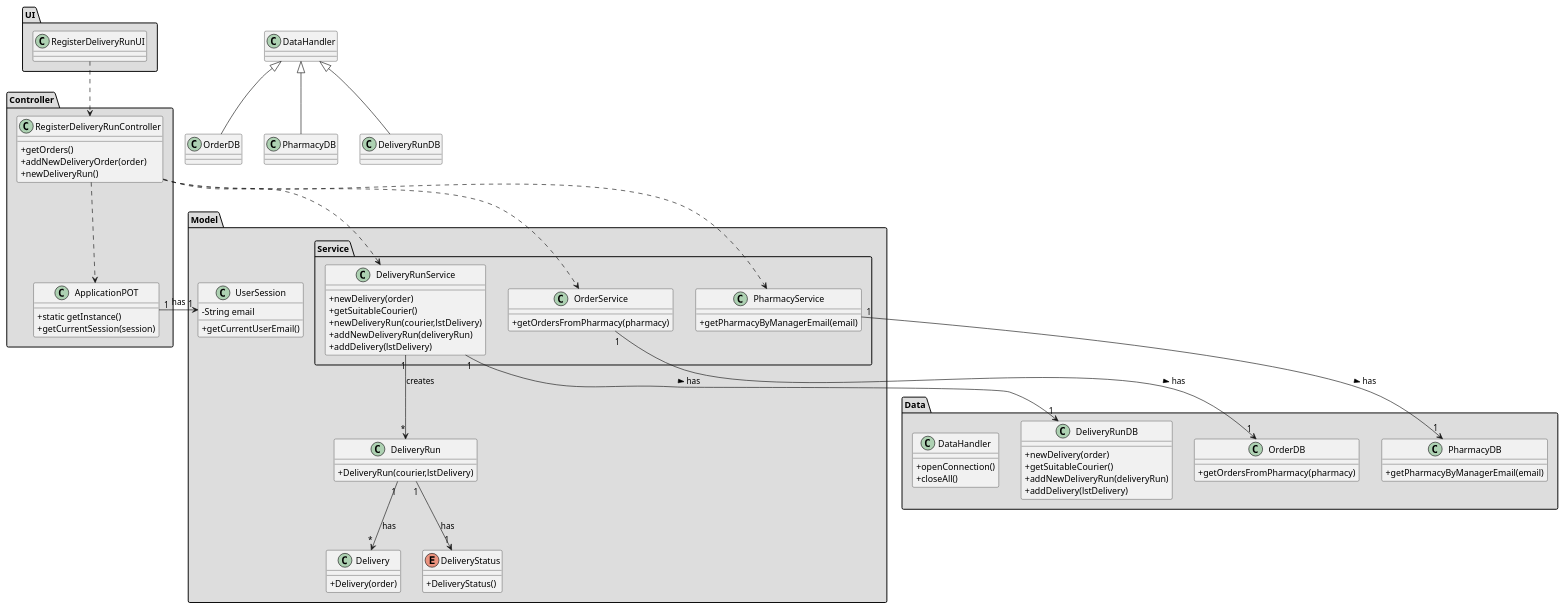
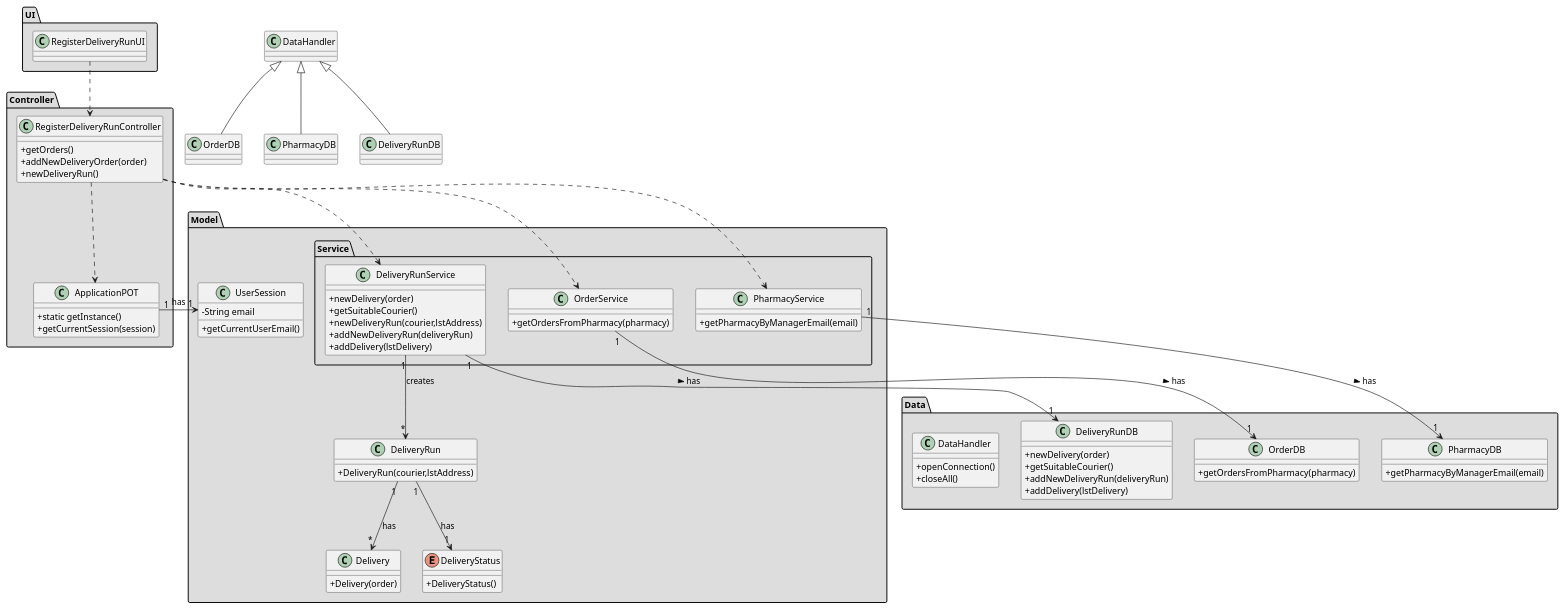
One commit to tiagoavcosta25/LAPR3 changed the diagram in docs/Iteration 2/Delivery Management/US206_RegisterDeliveryRun/US206_CD.puml. Above: the diagram before and after it, drawn with PlantUML. The commit also changed 2 other files, not shown here.

Commit message:
LAPR2AP2-219 #fixing Register Delivery Run [Design]

```diff
--- a/docs/Iteration 2/Delivery Management/US206_RegisterDeliveryRun/US206_CD.puml
+++ b/docs/Iteration 2/Delivery Management/US206_RegisterDeliveryRun/US206_CD.puml
@@ -1,121 +1,121 @@
 @startuml
 skinparam classAttributeIconSize 0
 
 
 package "Controller" #DDDDDD {
 class ApplicationPOT
 {
   +static getInstance()
   +getCurrentSession(session)
 }
 }
 
 package "Data" #DDDDDD {
 class PharmacyDB{
 +getPharmacyByManagerEmail(email)
 }
 
 class OrderDB{
 +getOrdersFromPharmacy(pharmacy)
 }
 
 class DeliveryRunDB {
 +newDelivery(order)
 +getSuitableCourier()
 +addNewDeliveryRun(deliveryRun)
 +addDelivery(lstDelivery)
 }
 
 class DataHandler{
 +openConnection()
 +closeAll()
 }
 
 }
 
 package "UI" #DDDDDD {
 class RegisterDeliveryRunUI{
 
 }
 
 
 
 }
 
 
 package "Controller" #DDDDDD {
 class RegisterDeliveryRunController{
 +getOrders()
 +addNewDeliveryOrder(order)
 +newDeliveryRun()
 }
 }
 
 
 package "Model" #DDDDDD {
 class Delivery{
 +Delivery(order)
 }
 
 class DeliveryRun{
-+DeliveryRun(courier,lstDelivery)
++DeliveryRun(courier,lstAddress)
 }
 
 }
 
 package "Model" #DDDDDD {
 class UserSession{
 -String email
 +getCurrentUserEmail()
 }
 
 package "Service" #DDDDDD {
 
 class PharmacyService {
 +getPharmacyByManagerEmail(email)
 }
 
 class OrderService {
 +getOrdersFromPharmacy(pharmacy)
 }
 
 class DeliveryRunService {
 +newDelivery(order)
 +getSuitableCourier()
-+newDeliveryRun(courier,lstDelivery)
++newDeliveryRun(courier,lstAddress)
 +addNewDeliveryRun(deliveryRun)
 +addDelivery(lstDelivery)
 }
 
 }
 
 enum DeliveryStatus{
 +DeliveryStatus()
 }
 }
 
 
 
 
 
 
 RegisterDeliveryRunUI ..> RegisterDeliveryRunController
 RegisterDeliveryRunController ..> PharmacyService
 RegisterDeliveryRunController ..> OrderService
 RegisterDeliveryRunController ..> DeliveryRunService
 RegisterDeliveryRunController ..> ApplicationPOT
 PharmacyService "1" --> "1" PharmacyDB : has >
 OrderService "1" --> "1" OrderDB : has >
 DeliveryRunService "1" --> "1" DeliveryRunDB : has >
 
 DeliveryRun "1" --> "*" Delivery : has
 DeliveryRun "1" --> "1" DeliveryStatus : has
 
 DeliveryRunService "1" --> "*" DeliveryRun : creates
 
 class DeliveryRunDB extends DataHandler
 class OrderDB extends DataHandler
 class PharmacyDB extends DataHandler
 ApplicationPOT "1" -> "1" UserSession : has
 
 @enduml
```
